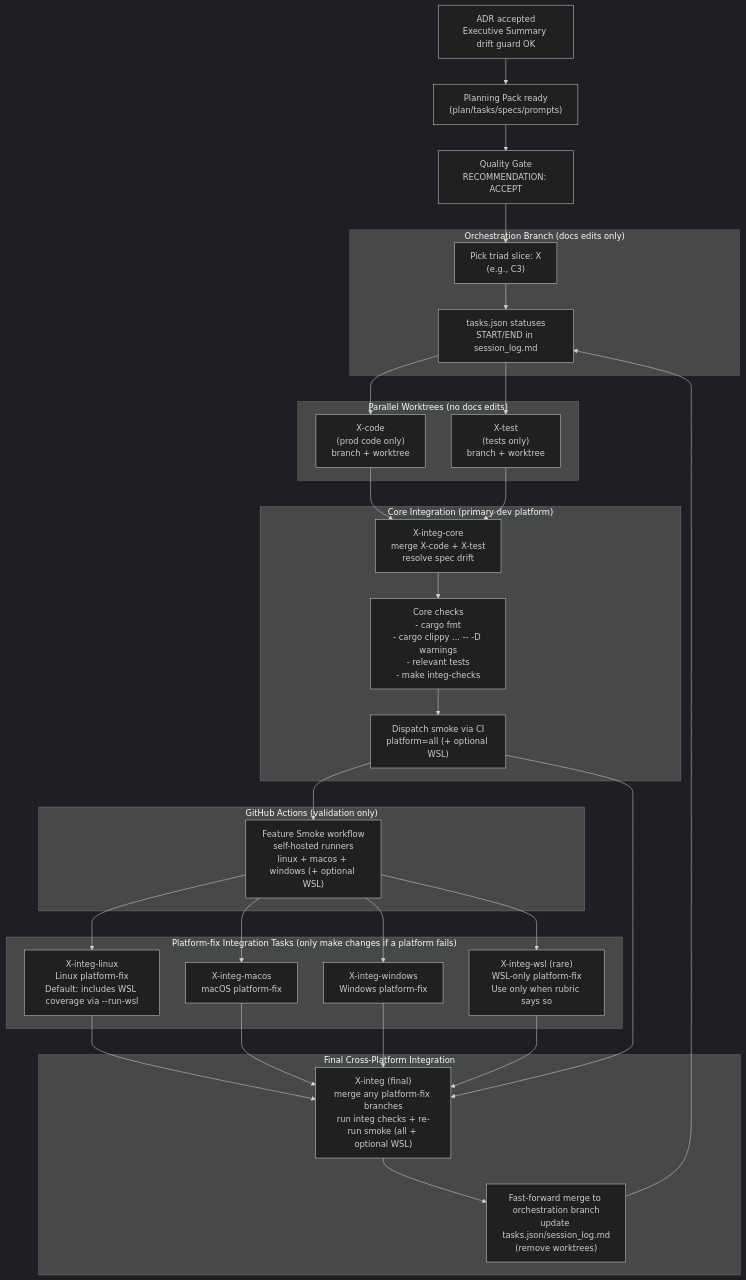
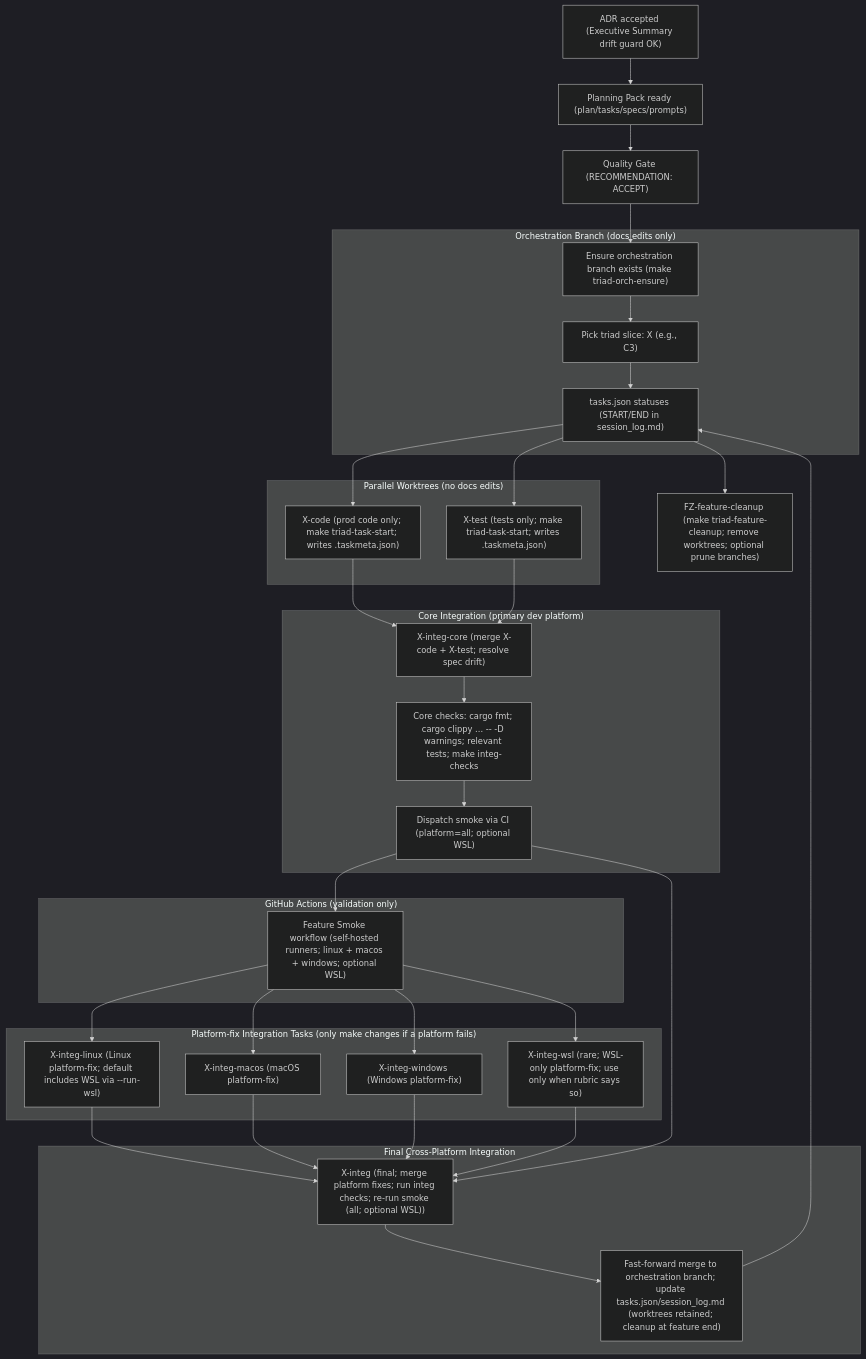
One commit to atomize-hq/substrate changed the second of 2 diagrams in docs/project_management/standards/TRIAD_WORKFLOW_CROSS_PLATFORM_INTEG.md. Above: the diagram before and after it, drawn with Mermaid (dark theme). The commit also changed other lines of this file and 21 other files, not shown here.

Commit message:
chore: planning automation task scripts

````diff
--- a/docs/project_management/standards/TRIAD_WORKFLOW_CROSS_PLATFORM_INTEG.md
+++ b/docs/project_management/standards/TRIAD_WORKFLOW_CROSS_PLATFORM_INTEG.md
@@ -97,68 +103,73 @@
 ```mermaid
 flowchart TD
   %% ======== Inputs / gating ========
-  ADR["ADR accepted<br/>Executive Summary drift guard OK"]
-  PACK["Planning Pack ready<br/>(plan/tasks/specs/prompts)"]
-  GATE["Quality Gate<br/>RECOMMENDATION: ACCEPT"]
+  ADR["ADR accepted (Executive Summary drift guard OK)"]
+  PACK["Planning Pack ready (plan/tasks/specs/prompts)"]
+  GATE["Quality Gate (RECOMMENDATION: ACCEPT)"]
 
   ADR --> PACK --> GATE
 
   %% ======== Triad execution ========
   subgraph ORCH["Orchestration Branch (docs edits only)"]
-    START["Pick triad slice: X<br/>(e.g., C3)"]
-    TASKS["tasks.json statuses<br/>START/END in session_log.md"]
+    ORCH_ENSURE["Ensure orchestration branch exists (make triad-orch-ensure)"]
+    START["Pick triad slice: X (e.g., C3)"]
+    TASKS["tasks.json statuses (START/END in session_log.md)"]
   end
 
-  GATE --> START --> TASKS
+  GATE --> ORCH_ENSURE --> START --> TASKS
 
   subgraph WT["Parallel Worktrees (no docs edits)"]
-    CODE["X-code<br/>(prod code only)<br/>branch + worktree"]
-    TEST["X-test<br/>(tests only)<br/>branch + worktree"]
+    CODE["X-code (prod code only; make triad-task-start; writes .taskmeta.json)"]
+    TEST["X-test (tests only; make triad-task-start; writes .taskmeta.json)"]
   end
 
   TASKS --> CODE
   TASKS --> TEST
 
   subgraph INTEG_CORE["Core Integration (primary dev platform)"]
-    CORE["X-integ-core<br/>merge X-code + X-test<br/>resolve spec drift"]
-    CORE_CHECKS["Core checks<br/>- cargo fmt<br/>- cargo clippy ... -- -D warnings<br/>- relevant tests<br/>- make integ-checks"]
-    CORE_DISPATCH["Dispatch smoke via CI<br/>platform=all (+ optional WSL)"]
+    CORE["X-integ-core (merge X-code + X-test; resolve spec drift)"]
+    CORE_CHECKS["Core checks: cargo fmt; cargo clippy ... -- -D warnings; relevant tests; make integ-checks"]
+    CORE_DISPATCH["Dispatch smoke via CI (platform=all; optional WSL)"]
   end
 
   CODE --> CORE
   TEST --> CORE
   CORE --> CORE_CHECKS --> CORE_DISPATCH
 
   %% ======== Smoke validation (CI) ========
   subgraph CI["GitHub Actions (validation only)"]
-    SMOKE["Feature Smoke workflow<br/>self-hosted runners<br/>linux + macos + windows (+ optional WSL)"]
+    SMOKE["Feature Smoke workflow (self-hosted runners; linux + macos + windows; optional WSL)"]
   end
 
   CORE_DISPATCH --> SMOKE
 
   %% ======== Platform-fix tasks (parallel, only if needed) ========
   subgraph PF["Platform-fix Integration Tasks (only make changes if a platform fails)"]
-    LNX["X-integ-linux<br/>Linux platform-fix<br/>Default: includes WSL coverage via --run-wsl"]
-    MAC["X-integ-macos<br/>macOS platform-fix"]
-    WIN["X-integ-windows<br/>Windows platform-fix"]
-    WSL["X-integ-wsl (rare)<br/>WSL-only platform-fix<br/>Use only when rubric says so"]
+    LNX["X-integ-linux (Linux platform-fix; default includes WSL via --run-wsl)"]
+    MAC["X-integ-macos (macOS platform-fix)"]
+    WIN["X-integ-windows (Windows platform-fix)"]
+    WSL["X-integ-wsl (rare; WSL-only platform-fix; use only when rubric says so)"]
   end
 
   SMOKE --> LNX
   SMOKE --> MAC
   SMOKE --> WIN
   SMOKE --> WSL
 
   %% ======== Final aggregator ========
   subgraph INTEG_FINAL["Final Cross-Platform Integration"]
-    FINAL["X-integ (final)<br/>merge any platform-fix branches<br/>run integ checks + re-run smoke (all + optional WSL)"]
-    MERGE_BACK["Fast-forward merge to orchestration branch<br/>update tasks.json/session_log.md<br/>(remove worktrees)"]
+    FINAL["X-integ (final; merge platform fixes; run integ checks; re-run smoke (all; optional WSL))"]
+    MERGE_BACK["Fast-forward merge to orchestration branch; update tasks.json/session_log.md (worktrees retained; cleanup at feature end)"]
   end
 
   LNX --> FINAL
   MAC --> FINAL
   WIN --> FINAL
   WSL --> FINAL
   CORE_DISPATCH --> FINAL
   FINAL --> MERGE_BACK --> TASKS
+
+  %% ======== Feature end cleanup ========
+  CLEANUP["FZ-feature-cleanup (make triad-feature-cleanup; remove worktrees; optional prune branches)"]
+  TASKS --> CLEANUP
 ```
````
